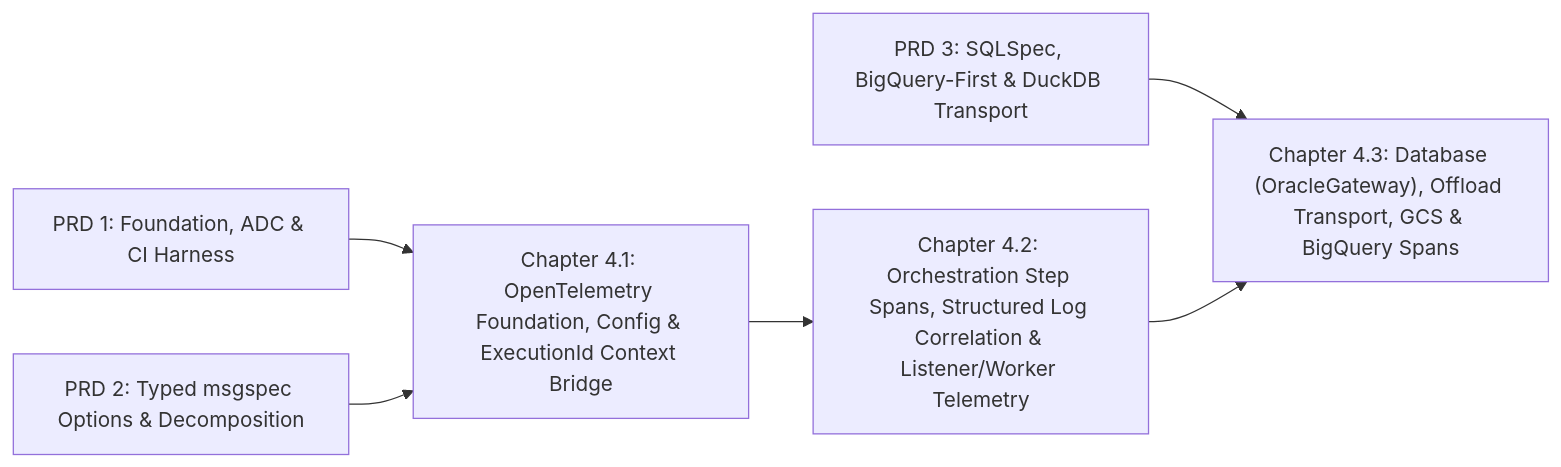
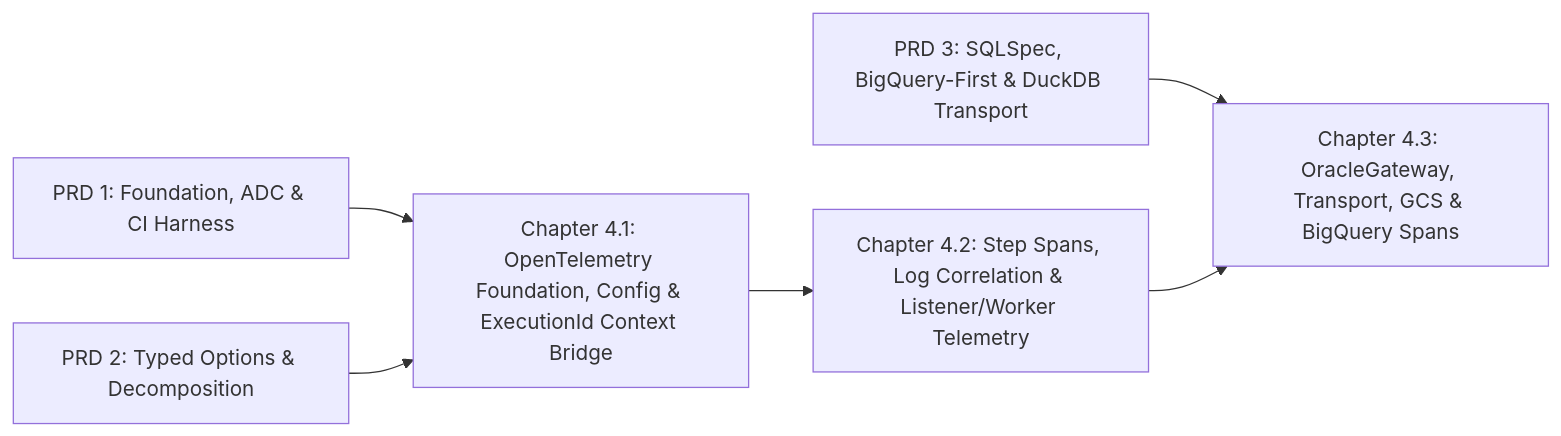
The diagram in .agents/bundles/specs/prd_04_end_to_end_opentelemetry_observability_20261010/spec.md (cofin/goe), drawn with Mermaid before and after one commit. The commit also changed other lines of this file and 83 other files, not shown here.

Commit message:
docs(specs): refine Flow master PRDs and child flow worksheets to zero-ambiguity standard

````diff
--- a/.agents/bundles/specs/prd_04_end_to_end_opentelemetry_observability_20261010/spec.md
+++ b/.agents/bundles/specs/prd_04_end_to_end_opentelemetry_observability_20261010/spec.md
@@ -61,8 +59,8 @@
 ```mermaid
 flowchart LR
     PRD1["PRD 1: Foundation, ADC & CI Harness"] --> C41["Chapter 4.1: OpenTelemetry Foundation, Config & ExecutionId Context Bridge"]
-    PRD2["PRD 2: Typed msgspec Options & Decomposition"] --> C41
-    PRD3["PRD 3: SQLSpec, BigQuery-First & DuckDB Transport"] --> C43["Chapter 4.3: Database (OracleGateway), Offload Transport, GCS & BigQuery Spans"]
-    C41 --> C42["Chapter 4.2: Orchestration Step Spans, Structured Log Correlation & Listener/Worker Telemetry"]
+    PRD2["PRD 2: Typed Options & Decomposition"] --> C41
+    PRD3["PRD 3: SQLSpec, BigQuery-First & DuckDB Transport"] --> C43["Chapter 4.3: OracleGateway, Transport, GCS & BigQuery Spans"]
+    C41 --> C42["Chapter 4.2: Step Spans, Log Correlation & Listener/Worker Telemetry"]
     C42 --> C43
 ```
````
